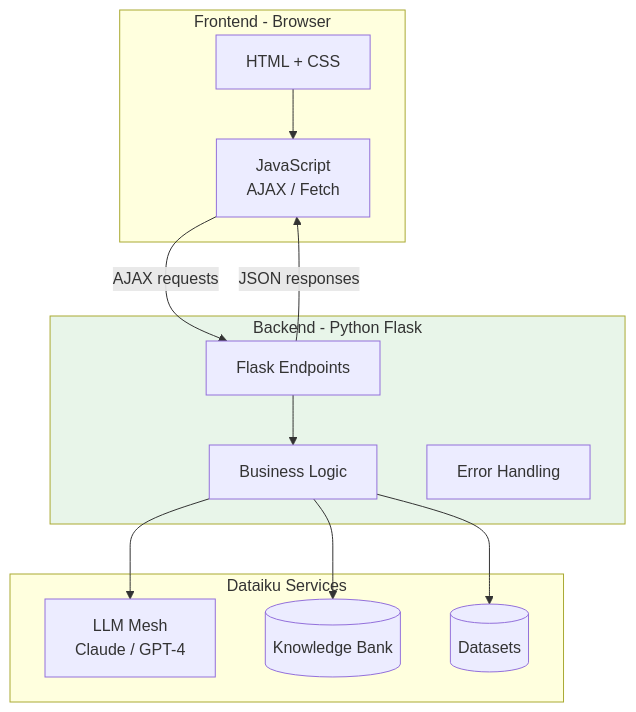
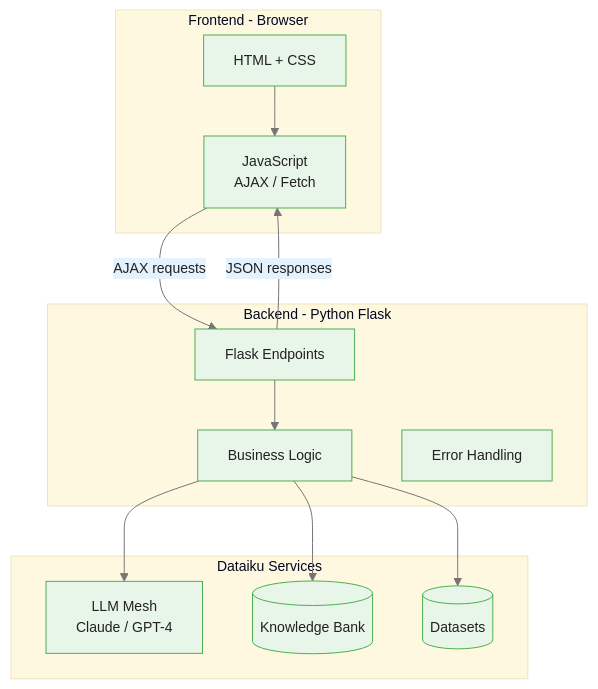
Before and after one commit to m-deane/course-creator: the first of 4 diagrams in courses/dataiku-genai/modules/module_04_deployment/guides/02_webapp_integration_slides.md, drawn with Mermaid. The commit also changed other lines of this file and 54 other files, not shown here.

````diff
--- a/courses/dataiku-genai/modules/module_04_deployment/guides/02_webapp_integration_slides.md
+++ b/courses/dataiku-genai/modules/module_04_deployment/guides/02_webapp_integration_slides.md
@@ -32,29 +32,28 @@
 ```mermaid
+%%{init: {"theme": "base", "themeVariables": {"primaryColor": "#e8f5e9", "primaryBorderColor": "#4caf50", "primaryTextColor": "#212121", "secondaryColor": "#e3f2fd", "tertiaryColor": "#fff8e1", "lineColor": "#757575", "fontFamily": "Inter, sans-serif", "fontSize": "14px"}}}%%
 graph TB
     subgraph Frontend[Frontend - Browser]
         HTML[HTML + CSS]
         JS[JavaScript<br/>AJAX / Fetch]
     end
 
     subgraph Backend[Backend - Python Flask]
         EP[Flask Endpoints]
         BL[Business Logic]
         ERR[Error Handling]
     end
 
     subgraph Services[Dataiku Services]
         LLM[LLM Mesh<br/>Claude / GPT-4]
         KB[(Knowledge Bank)]
         DS[(Datasets)]
     end
 
     HTML --> JS
     JS -->|AJAX requests| EP
     EP --> BL
     BL --> LLM
     BL --> KB
     BL --> DS
     EP -->|JSON responses| JS
-
-    style Backend fill:#e8f5e9
 ```
````
